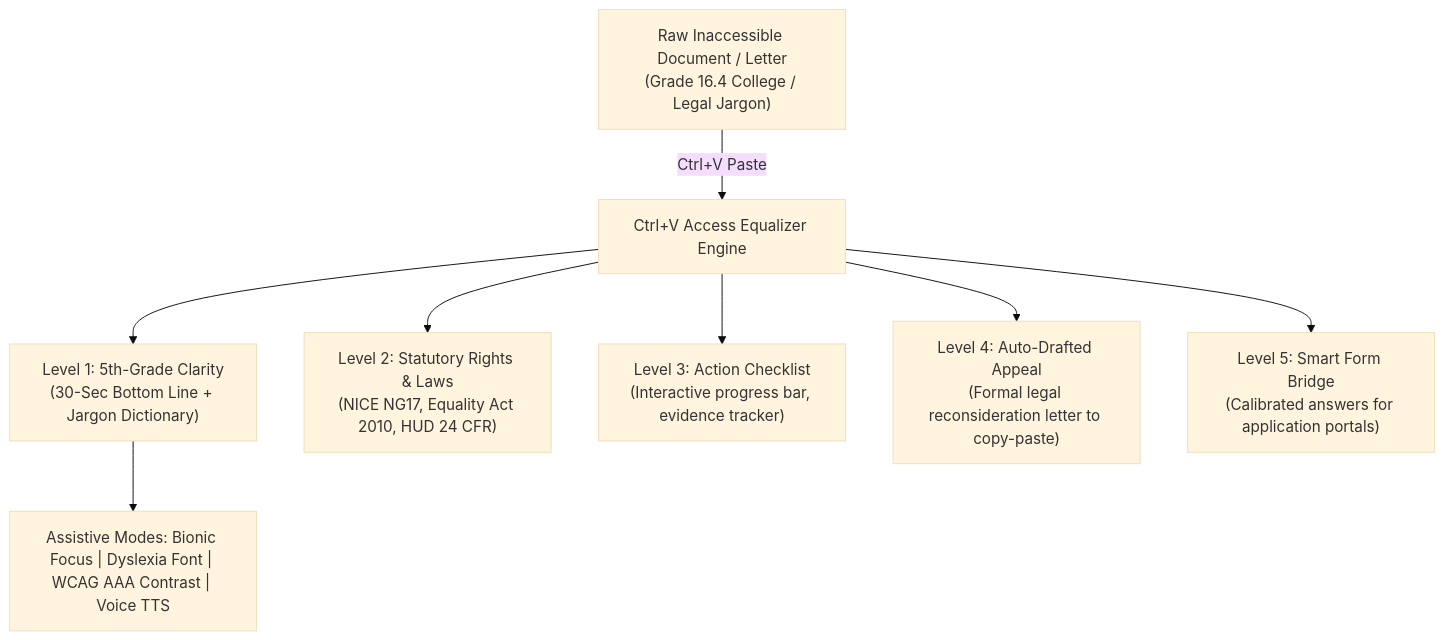
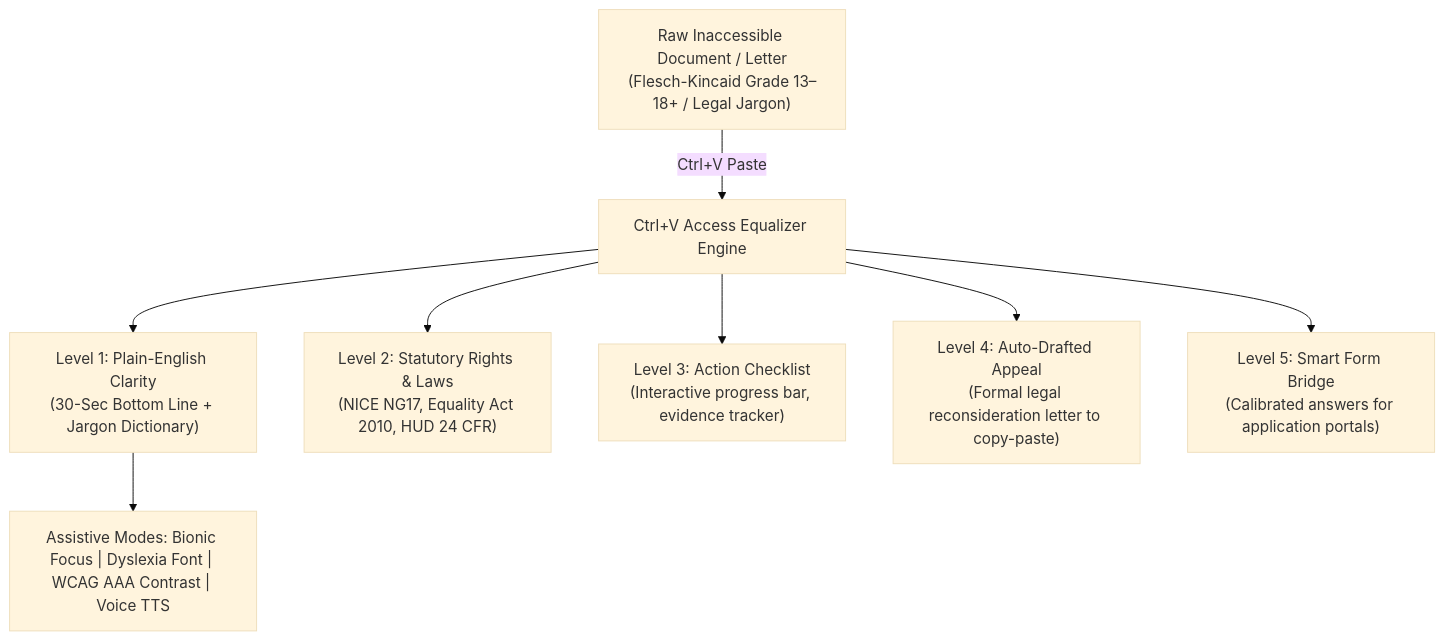
The diagram in README.md (shahaman098/ctrl-v-access), drawn with Mermaid (base theme) before and after one commit. The commit also changed other lines of this file and 9 other files, not shown here.

````diff
--- a/README.md
+++ b/README.md
@@ -37,11 +37,11 @@
 ```mermaid
 flowchart TD
-    A["Raw Inaccessible Document / Letter<br/>(Grade 16.4 College / Legal Jargon)"] -->|Ctrl+V Paste| B["Ctrl+V Access Equalizer Engine"]
-    B --> C["Level 1: 5th-Grade Clarity<br/>(30-Sec Bottom Line + Jargon Dictionary)"]
+    A["Raw Inaccessible Document / Letter<br/>(Flesch-Kincaid Grade 13–18+ / Legal Jargon)"] -->|Ctrl+V Paste| B["Ctrl+V Access Equalizer Engine"]
+    B --> C["Level 1: Plain-English Clarity<br/>(30-Sec Bottom Line + Jargon Dictionary)"]
     B --> D["Level 2: Statutory Rights & Laws<br/>(NICE NG17, Equality Act 2010, HUD 24 CFR)"]
     B --> E["Level 3: Action Checklist<br/>(Interactive progress bar, evidence tracker)"]
     B --> F["Level 4: Auto-Drafted Appeal<br/>(Formal legal reconsideration letter to copy-paste)"]
     B --> G["Level 5: Smart Form Bridge<br/>(Calibrated answers for application portals)"]
     
     C --> H["Assistive Modes: Bionic Focus | Dyslexia Font | WCAG AAA Contrast | Voice TTS"]
 ```
````
